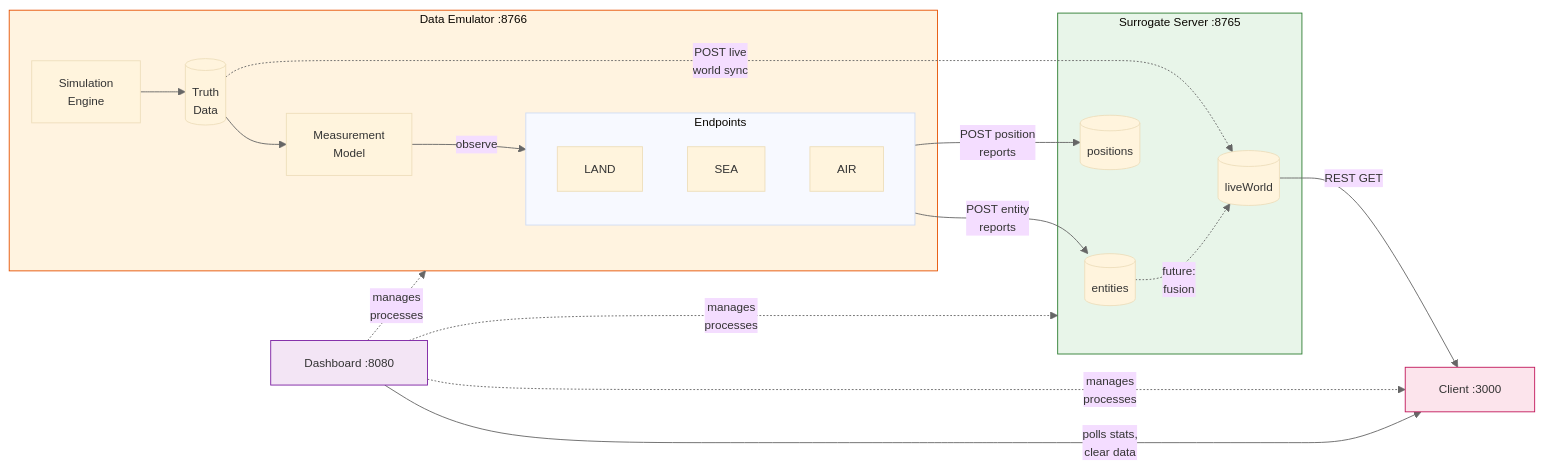
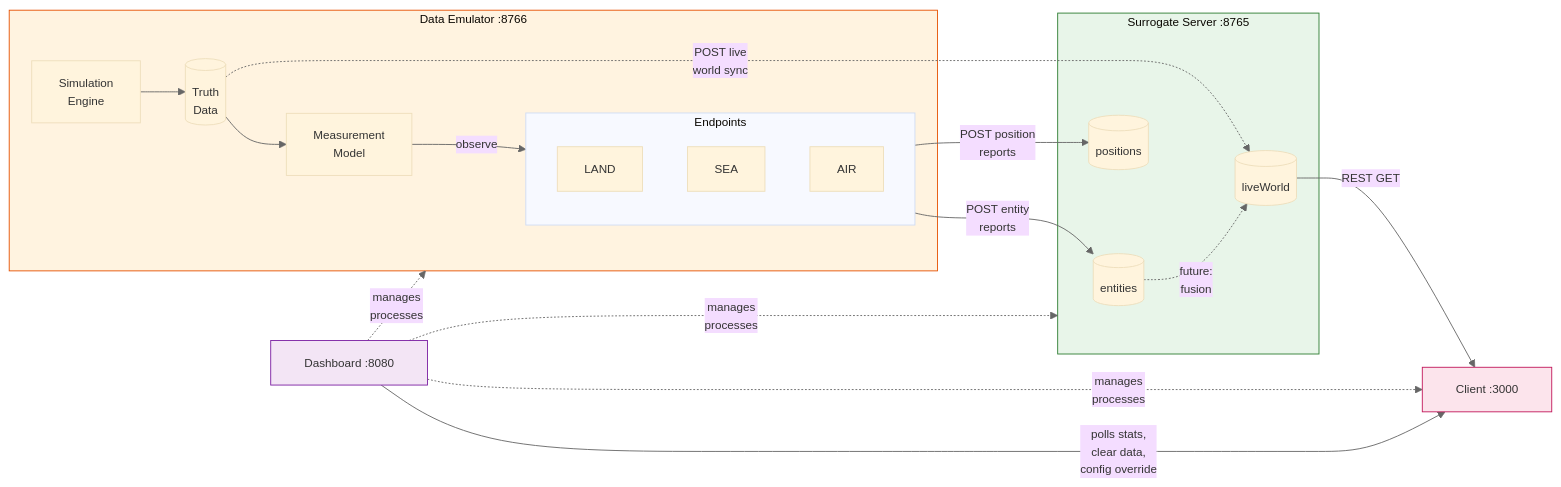
One commit to ericpauls/disco_workspace changed the first of 2 diagrams in docs/system-architecture-diagram.md. Above: the diagram before and after it, drawn with Mermaid. The commit also changed other lines of this file and 4 other files, not shown here.

````diff
--- a/docs/system-architecture-diagram.md
+++ b/docs/system-architecture-diagram.md
@@ -7,46 +7,46 @@
 ```mermaid
 %%{init: {'theme': 'base', 'themeVariables': { 'lineColor': '#666', 'fontSize': '13px'}}}%%
 flowchart LR
     subgraph emu["&nbsp;&nbsp;Data Emulator :8766&nbsp;&nbsp;"]
         sim["Simulation<br/>Engine"]
         truth[("Truth<br/>Data")]
         mm["Measurement<br/>Model"]
         subgraph eps["Endpoints"]
             ep1["LAND"]
             ep2["SEA"]
             ep3["AIR"]
         end
         sim --> truth
         truth --> mm
         mm -->|observe| eps
     end
 
     subgraph srv["&nbsp;&nbsp;Surrogate Server :8765&nbsp;&nbsp;"]
         ent[("entities")]
         pos[("positions")]
         lw[("liveWorld")]
     end
 
     ui["&nbsp;&nbsp;Client :3000&nbsp;&nbsp;"]
     dash["&nbsp;&nbsp;Dashboard :8080&nbsp;&nbsp;"]
 
     eps -->|POST entity<br/>reports| ent
     eps -->|POST position<br/>reports| pos
     truth -.->|POST live<br/>world sync| lw
     ent -.->|future:<br/>fusion| lw
     lw -->|REST GET| ui
     dash -.->|manages<br/>processes| emu
     dash -.->|manages<br/>processes| srv
     dash -.->|manages<br/>processes| ui
-    dash -->|polls stats,<br/>clear data| ui
+    dash -->|polls stats,<br/>clear data,<br/>config override| ui
 
     classDef emuStyle fill:#fff3e0,stroke:#e65100
     classDef srvStyle fill:#e8f5e9,stroke:#2e7d32
     classDef uiStyle fill:#fce4ec,stroke:#c2185b
     classDef dashStyle fill:#f3e5f5,stroke:#7b1fa2
 
     class emu emuStyle
     class srv srvStyle
     class ui uiStyle
     class dash dashStyle
 ```
````
